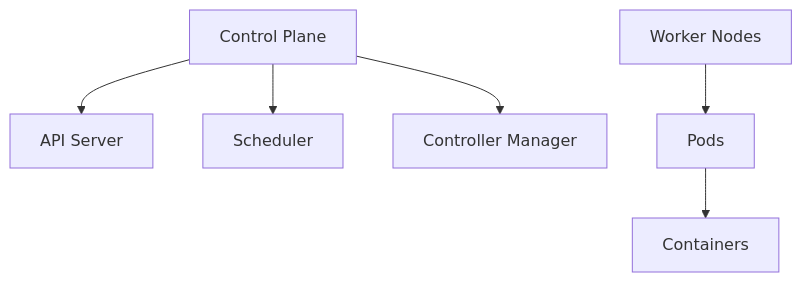
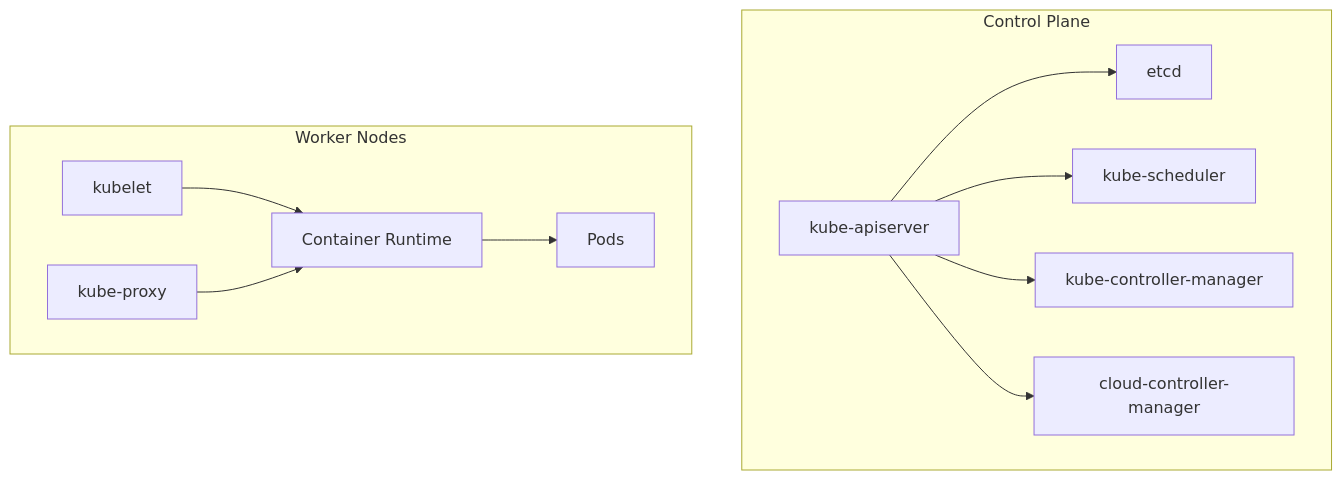
One commit to VrushankPatel/interview-matters changed the diagram in kubernetes-basics/README.md. Above: the diagram before and after it, drawn with Mermaid. The commit also changed other lines of this file and 5 other files, not shown here.

Commit message:
kb: add/update topics kubernetes-basics, docker-containerization, restful-api-design, graphql-apis, oauth-2-0-implementation

````diff
--- a/kubernetes-basics/README.md
+++ b/kubernetes-basics/README.md
@@ -26,8 +41,23 @@
 ```mermaid
 graph TD
-    A[Control Plane] --> B[API Server]
-    A --> C[Scheduler]
-    A --> D[Controller Manager]
-    E[Worker Nodes] --> F[Pods]
-    F --> G[Containers]
+    subgraph "Control Plane"
+        A[kube-apiserver]
+        B[etcd]
+        C[kube-scheduler]
+        D[kube-controller-manager]
+        E[cloud-controller-manager]
+    end
+    subgraph "Worker Nodes"
+        F[kubelet]
+        G[kube-proxy]
+        H[Container Runtime]
+        I[Pods]
+    end
+    A --> B
+    A --> C
+    A --> D
+    A --> E
+    F --> H
+    G --> H
+    H --> I
 ```
````
